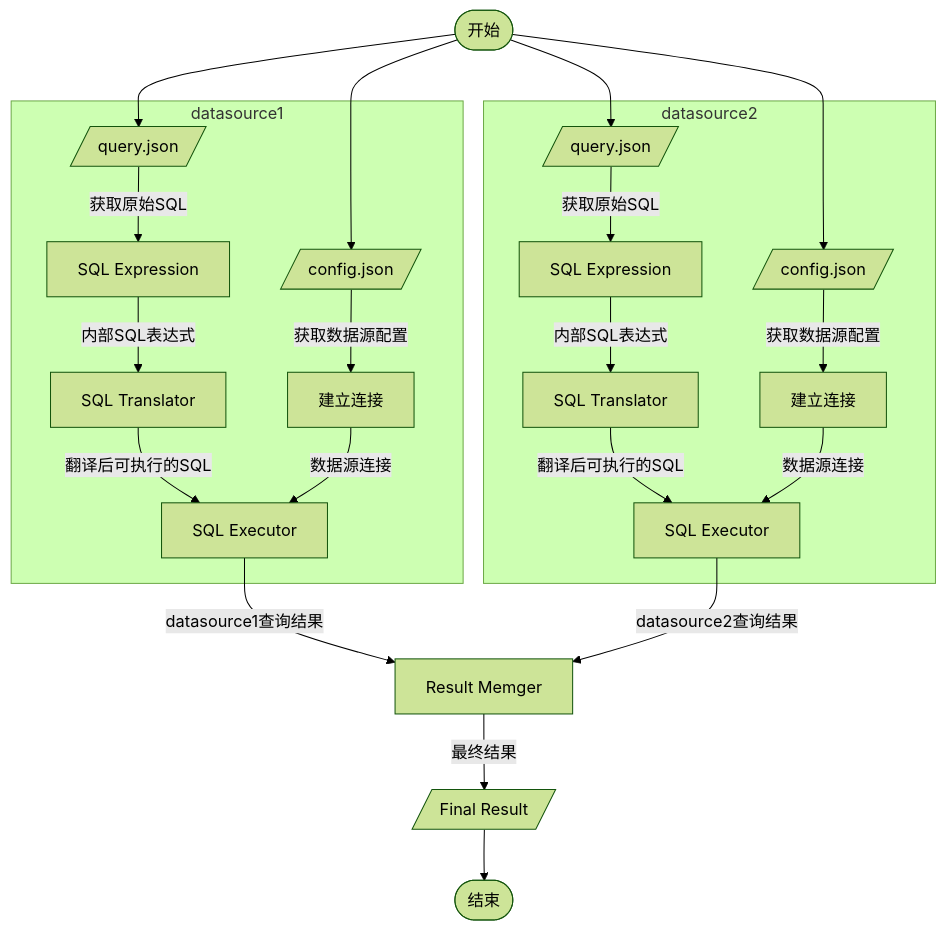
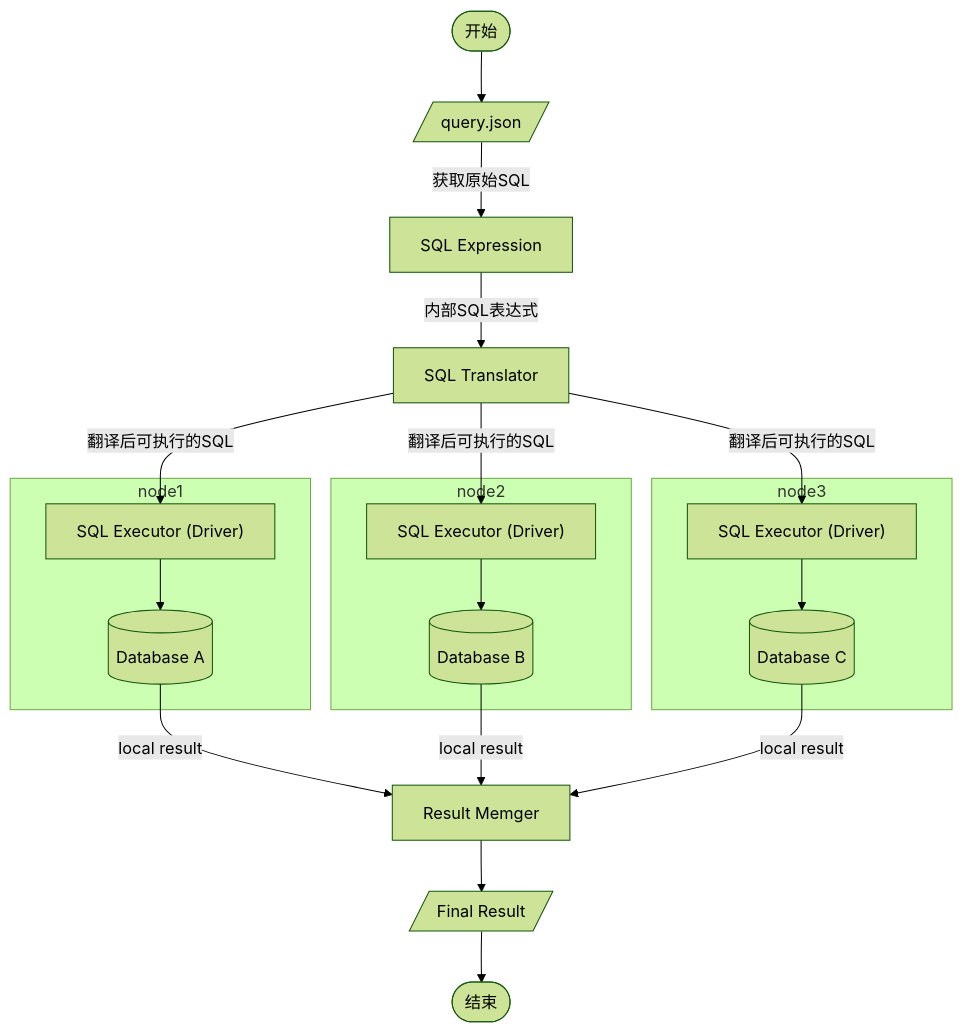
The second of 2 diagrams in README.md (ChengziCao/FederateDBSystem), drawn with Mermaid (forest theme) before and after one commit.

````diff
--- a/README.md
+++ b/README.md
@@ -86,33 +86,37 @@
 ```mermaid
 graph TD
     start([开始])
-    start-->d1_input1
     start-->d1_input2
-    start-->d2_input1
-    start-->d2_input2
 
-subgraph datasource1
-    d1_input1[/config.json/]
-    d1_input2[/query.json/]
-    d1_input1-->|获取数据源配置|d1_conn[建立连接]
-    d1_input2-->|获取原始SQL|d1_expresssion[SQL Expression]
-    d1_expresssion-->|"内部SQL表达式"|d1_translator[SQL Translator]
-    d1_translator-->|翻译后可执行的SQL|d1_executor[SQL Executor]
-    d1_conn-->|数据源连接|d1_executor
+d1_input2[/query.json/]    
+d1_input2-->|获取原始SQL|d1_expresssion[SQL Expression]
+d1_expresssion-->|"内部SQL表达式"|d1_translator[SQL Translator]
+
+d1_translator-->|翻译后可执行的SQL|d1_executor["SQL Executor (Driver)"]
+d1_translator-->|翻译后可执行的SQL|d2_executor["SQL Executor (Driver)"]
+d1_translator-->|翻译后可执行的SQL|d3_executor["SQL Executor (Driver)"]
+
+
+subgraph node1
+    d1_executor
+    d1_executor --> DB_A[(Database A)]
 end
 
-subgraph datasource2
-    d2_input1[/config.json/]
-    d2_input2[/query.json/]
-    d2_input1-->|获取数据源配置|d2_conn[建立连接]
-    d2_input2-->|获取原始SQL|d2_expresssion[SQL Expression]
-    d2_expresssion-->|"内部SQL表达式"|d2_translator[SQL Translator]
-    d2_translator-->|翻译后可执行的SQL|d2_executor[SQL Executor]
-    d2_conn-->|数据源连接|d2_executor
+subgraph node2
+    d2_executor
+    d2_executor --> DB_B[(Database B)]
 end
+
+subgraph node3
+    d3_executor
+    d3_executor --> DB_C[(Database C)]
+end
+
 memger[Result Memger]
-d1_executor-->|datasource1查询结果|memger
-d2_executor-->|datasource2查询结果|memger
-memger-->|最终结果|final_resulat[/Final Result/]
+DB_A-->|local result|memger
+DB_B-->|local result|memger
+DB_C-->|local result|memger
+
+memger-->final_resulat[/Final Result/]
 final_resulat-->end_([结束])
 ```
````
